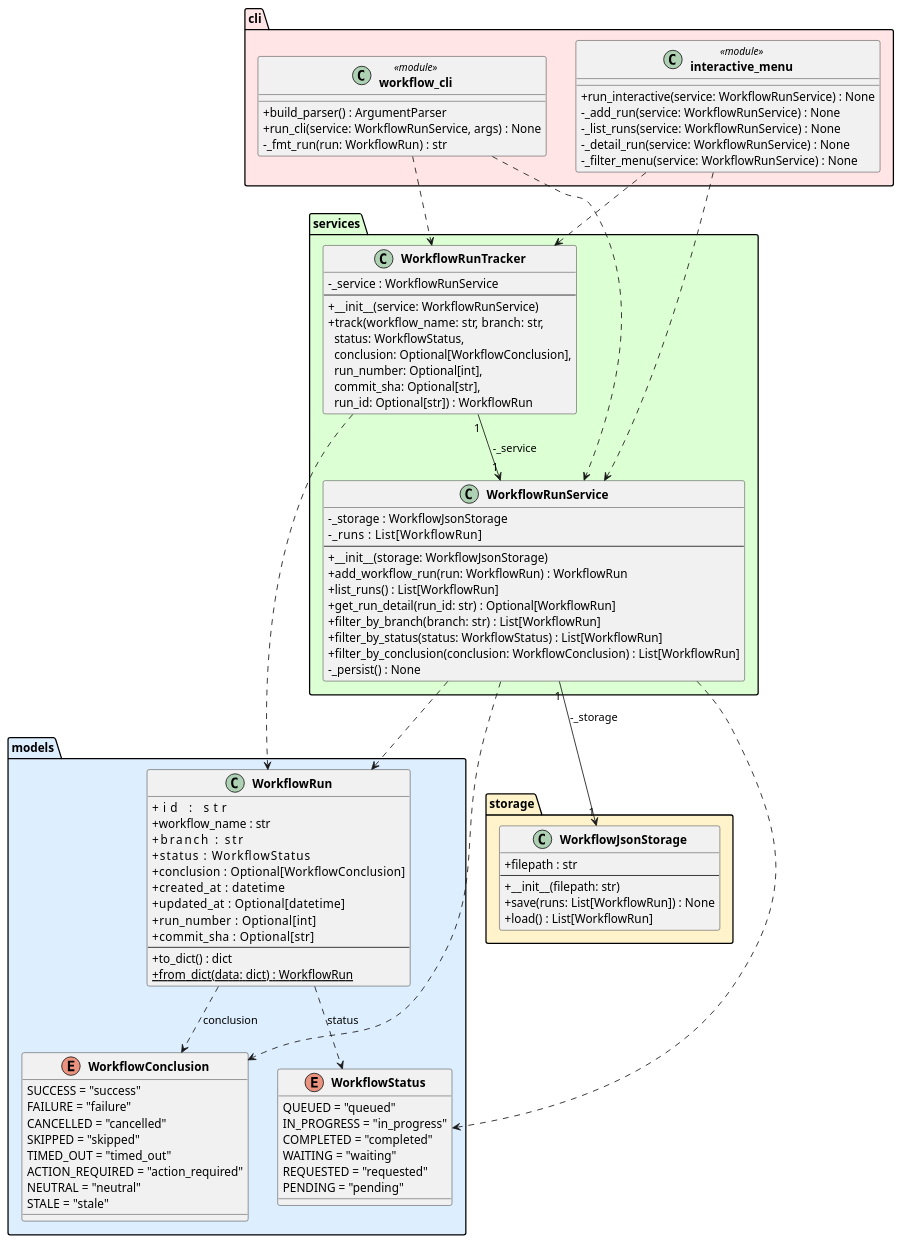
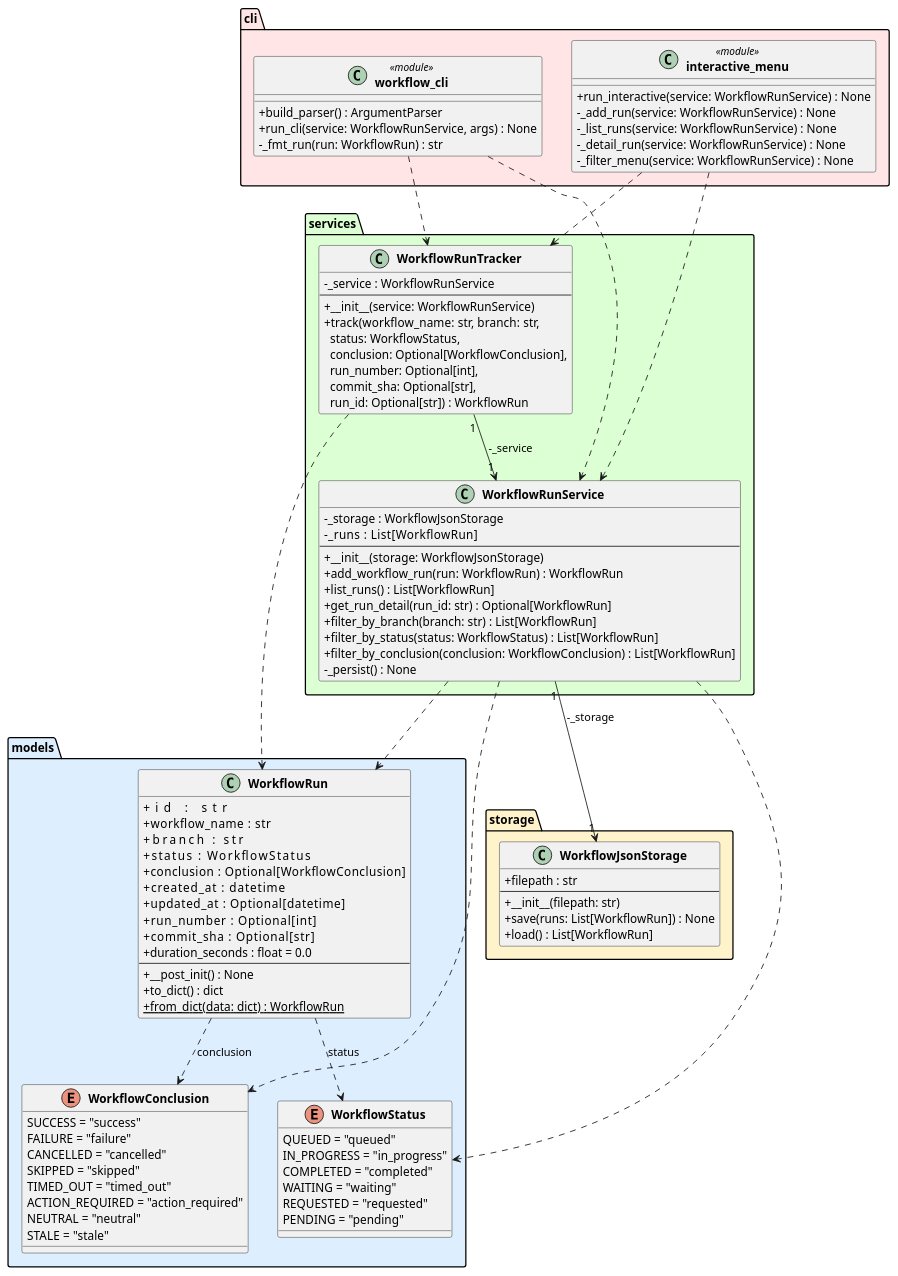
Before and after one commit to DanielRiha8906/Software_autoevolution_using_agents: the diagram in experiments/supervisor_as_tools/test_driven/github-workflow-manager/artifacts/class_diagram.puml, drawn with PlantUML. The commit also changed 2 other files, not shown here.

Commit message:
task 01 | supervisor_as_tools / test_driven / github-workflow-manager
Add duration_seconds field to WorkflowRun model with validation and backward compatibility.

- Added duration_seconds: float field defaulting to 0.0
- Added __post_init__ validation to reject negative values
- Updated to_dict() and from_dict() for serialization
- Updated class_diagram.puml to reflect changes
- All tests passing (9/9)

```diff
--- a/experiments/supervisor_as_tools/test_driven/github-workflow-manager/artifacts/class_diagram.puml
+++ b/experiments/supervisor_as_tools/test_driven/github-workflow-manager/artifacts/class_diagram.puml
@@ -1,105 +1,107 @@
 @startuml class_diagram
 
 skinparam classAttributeIconSize 0
 skinparam classFontStyle bold
 
 package "models" #DDEEFF {
     enum WorkflowStatus {
         QUEUED = "queued"
         IN_PROGRESS = "in_progress"
         COMPLETED = "completed"
         WAITING = "waiting"
         REQUESTED = "requested"
         PENDING = "pending"
     }
 
     enum WorkflowConclusion {
         SUCCESS = "success"
         FAILURE = "failure"
         CANCELLED = "cancelled"
         SKIPPED = "skipped"
         TIMED_OUT = "timed_out"
         ACTION_REQUIRED = "action_required"
         NEUTRAL = "neutral"
         STALE = "stale"
     }
 
     class WorkflowRun {
-        +id            : str
-        +workflow_name : str
-        +branch        : str
-        +status        : WorkflowStatus
-        +conclusion    : Optional[WorkflowConclusion]
-        +created_at    : datetime
-        +updated_at    : Optional[datetime]
-        +run_number    : Optional[int]
-        +commit_sha    : Optional[str]
+        +id               : str
+        +workflow_name    : str
+        +branch           : str
+        +status           : WorkflowStatus
+        +conclusion       : Optional[WorkflowConclusion]
+        +created_at       : datetime
+        +updated_at       : Optional[datetime]
+        +run_number       : Optional[int]
+        +commit_sha       : Optional[str]
+        +duration_seconds : float = 0.0
         --
+        +__post_init() : None
         +to_dict() : dict
         +{static} from_dict(data: dict) : WorkflowRun
     }
 }
 
 package "storage" #FFF3CC {
     class WorkflowJsonStorage {
         +filepath : str
         --
         +__init__(filepath: str)
         +save(runs: List[WorkflowRun]) : None
         +load() : List[WorkflowRun]
     }
 }
 
 package "services" #DDFFD4 {
     class WorkflowRunService {
         -_storage : WorkflowJsonStorage
         -_runs    : List[WorkflowRun]
         --
         +__init__(storage: WorkflowJsonStorage)
         +add_workflow_run(run: WorkflowRun) : WorkflowRun
         +list_runs() : List[WorkflowRun]
         +get_run_detail(run_id: str) : Optional[WorkflowRun]
         +filter_by_branch(branch: str) : List[WorkflowRun]
         +filter_by_status(status: WorkflowStatus) : List[WorkflowRun]
         +filter_by_conclusion(conclusion: WorkflowConclusion) : List[WorkflowRun]
         -_persist() : None
     }
 
     class WorkflowRunTracker {
         -_service : WorkflowRunService
         --
         +__init__(service: WorkflowRunService)
         +track(workflow_name: str, branch: str,\n  status: WorkflowStatus,\n  conclusion: Optional[WorkflowConclusion],\n  run_number: Optional[int],\n  commit_sha: Optional[str],\n  run_id: Optional[str]) : WorkflowRun
     }
 }
 
 package "cli" #FFE5E5 {
     class "workflow_cli" <<module>> {
         +build_parser() : ArgumentParser
         +run_cli(service: WorkflowRunService, args) : None
         -_fmt_run(run: WorkflowRun) : str
     }
 
     class "interactive_menu" <<module>> {
         +run_interactive(service: WorkflowRunService) : None
         -_add_run(service: WorkflowRunService) : None
         -_list_runs(service: WorkflowRunService) : None
         -_detail_run(service: WorkflowRunService) : None
         -_filter_menu(service: WorkflowRunService) : None
     }
 }
 
 WorkflowRun                ..>  WorkflowStatus        : status
 WorkflowRun                ..>  WorkflowConclusion    : conclusion
 WorkflowRunService    "1" --> "1" WorkflowJsonStorage : -_storage
 WorkflowRunService         ..>  WorkflowRun
 WorkflowRunService         ..>  WorkflowStatus
 WorkflowRunService         ..>  WorkflowConclusion
 WorkflowRunTracker    "1" --> "1" WorkflowRunService  : -_service
 WorkflowRunTracker         ..>  WorkflowRun
 "workflow_cli"             ..>  WorkflowRunService
 "workflow_cli"             ..>  WorkflowRunTracker
 "interactive_menu"         ..>  WorkflowRunService
 "interactive_menu"         ..>  WorkflowRunTracker
 
 @enduml
```
